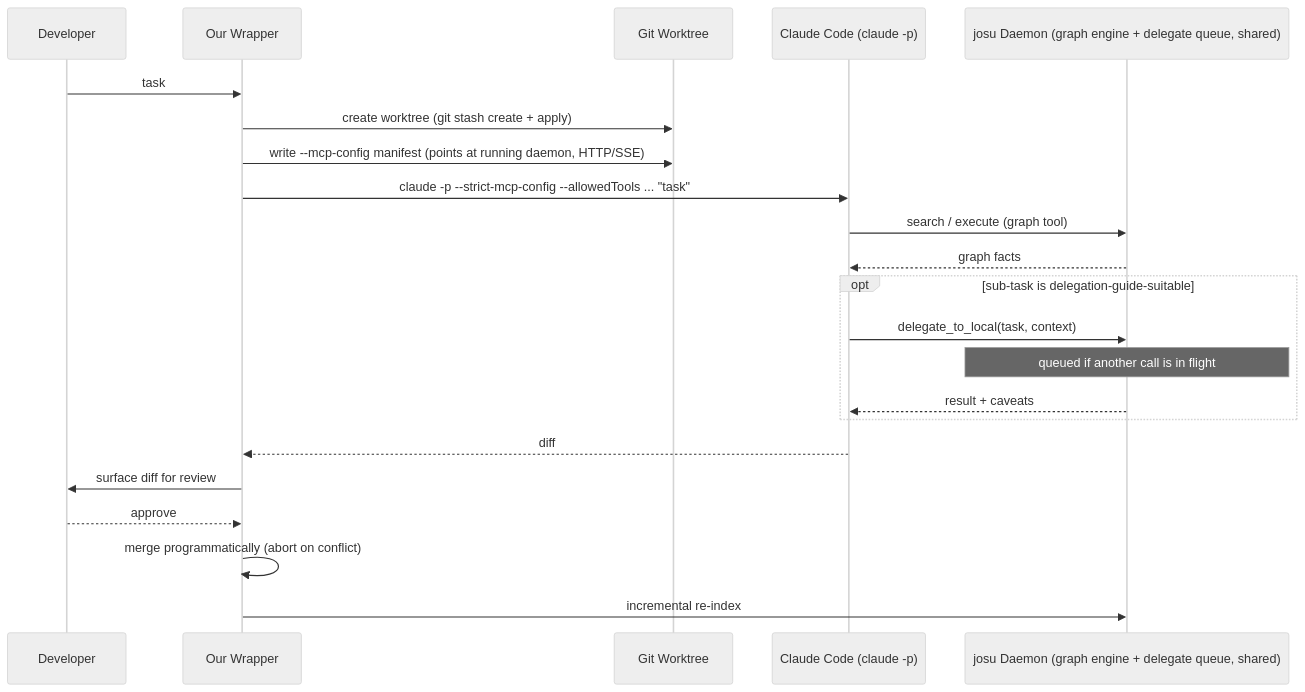
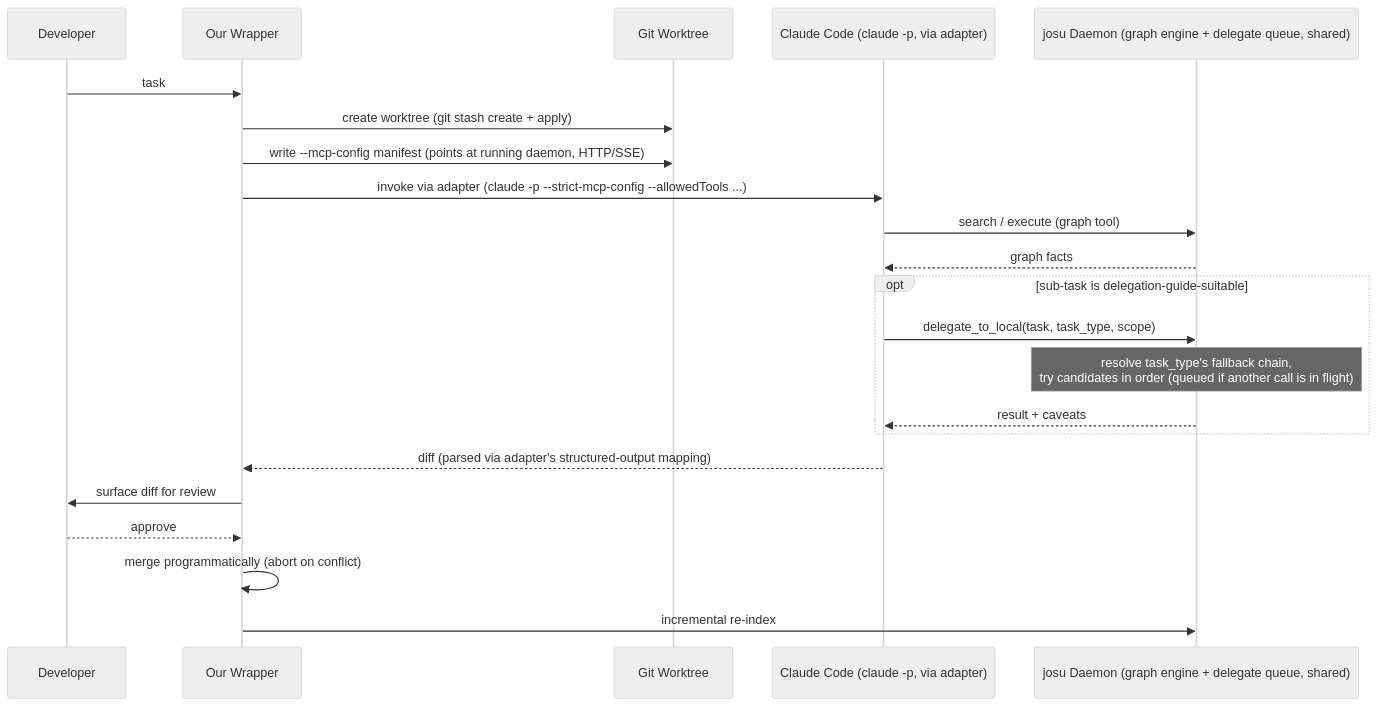
The first of 4 diagrams in docs/plans/2026-07-21-001-feat-hybrid-local-hosted-coding-agent-plan.md (dsh971/Josu), drawn with Mermaid (neutral theme) before and after one commit. The commit also changed other lines of this file and 36 other files, not shown here.

````diff
--- a/docs/plans/2026-07-21-001-feat-hybrid-local-hosted-coding-agent-plan.md
+++ b/docs/plans/2026-07-21-001-feat-hybrid-local-hosted-coding-agent-plan.md
@@ -47,25 +85,25 @@
 ```mermaid
 sequenceDiagram
     participant Dev as Developer
     participant Wrap as Our Wrapper
     participant WT as Git Worktree
-    participant CC as Claude Code (claude -p)
+    participant CC as Claude Code (claude -p, via adapter)
     participant Daemon as josu Daemon (graph engine + delegate queue, shared)
 
     Dev->>Wrap: task
     Wrap->>WT: create worktree (git stash create + apply)
     Wrap->>WT: write --mcp-config manifest (points at running daemon, HTTP/SSE)
-    Wrap->>CC: claude -p --strict-mcp-config --allowedTools ... "task"
+    Wrap->>CC: invoke via adapter (claude -p --strict-mcp-config --allowedTools ...)
     CC->>Daemon: search / execute (graph tool)
     Daemon-->>CC: graph facts
     opt sub-task is delegation-guide-suitable
-        CC->>Daemon: delegate_to_local(task, context)
-        Note over Daemon: queued if another call is in flight
+        CC->>Daemon: delegate_to_local(task, task_type, scope)
+        Note over Daemon: resolve task_type's fallback chain,<br/>try candidates in order (queued if another call is in flight)
         Daemon-->>CC: result + caveats
     end
-    CC-->>Wrap: diff
+    CC-->>Wrap: diff (parsed via adapter's structured-output mapping)
     Wrap->>Dev: surface diff for review
     Dev-->>Wrap: approve
     Wrap->>Wrap: merge programmatically (abort on conflict)
     Wrap->>Daemon: incremental re-index
 ```
````
